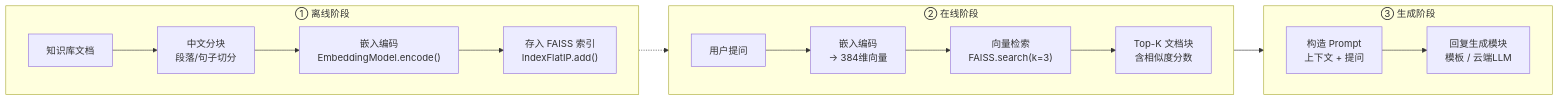
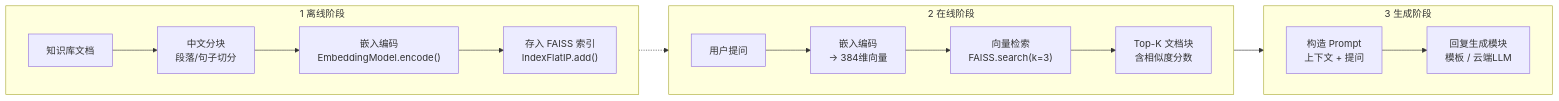
Before and after one commit to zhouxzh/Ascend310: the fourth of 7 diagrams in src/experiment/case9.md, drawn with Mermaid. The commit also changed other lines of this file and 51 other files, not shown here.

````diff
--- a/src/experiment/case9.md
+++ b/src/experiment/case9.md
@@ -401,24 +401,24 @@
 ```mermaid
 flowchart LR
-    subgraph OFFLINE["① 离线阶段"]
+    subgraph OFFLINE["1 离线阶段"]
         direction LR
         A["知识库文档"] --> B["中文分块<br/>段落/句子切分"]
         B --> C["嵌入编码<br/>EmbeddingModel.encode()"]
         C --> D["存入 FAISS 索引<br/>IndexFlatIP.add()"]
     end
 
-    subgraph ONLINE["② 在线阶段"]
+    subgraph ONLINE["2 在线阶段"]
         direction LR
-        E["用户提问"] --> F["嵌入编码<br/>→ 384维向量"]
+        E["用户提问"] --> F["嵌入编码<br/>-> 384维向量"]
         F --> G["向量检索<br/>FAISS.search(k=3)"]
         G --> H["Top-K 文档块<br/>含相似度分数"]
     end
 
-    subgraph GENERATE["③ 生成阶段"]
+    subgraph GENERATE["3 生成阶段"]
         direction LR
         H --> I["构造 Prompt<br/>上下文 + 提问"]
         I --> J["回复生成模块<br/>模板 / 云端LLM"]
     end
 
     D -.-> G
 ```
````
